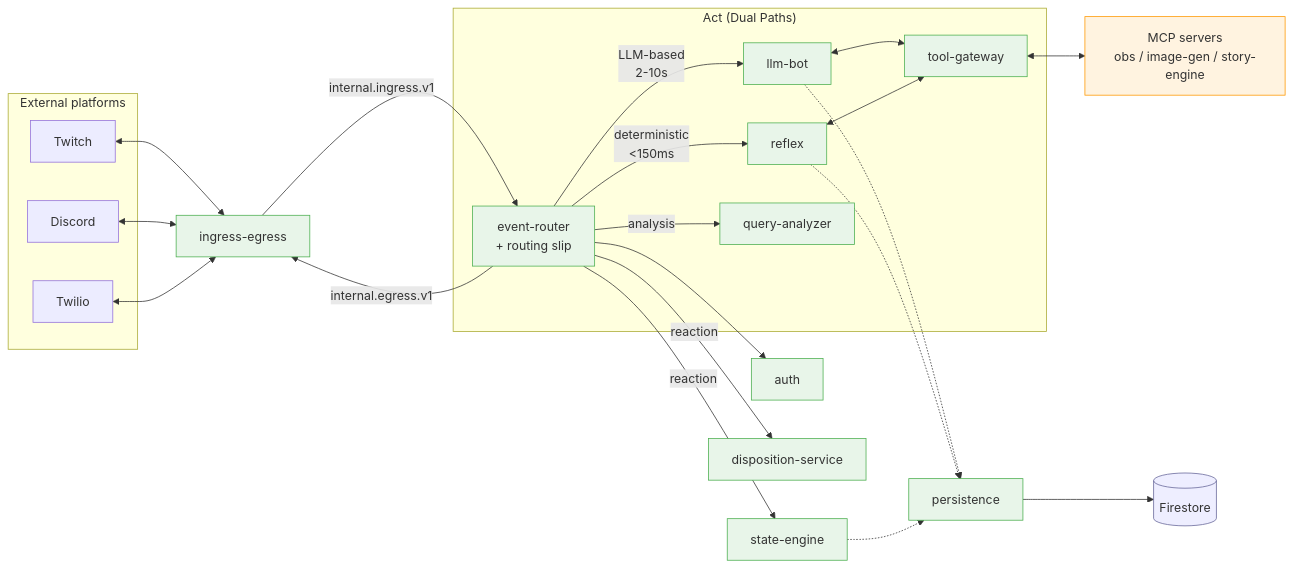
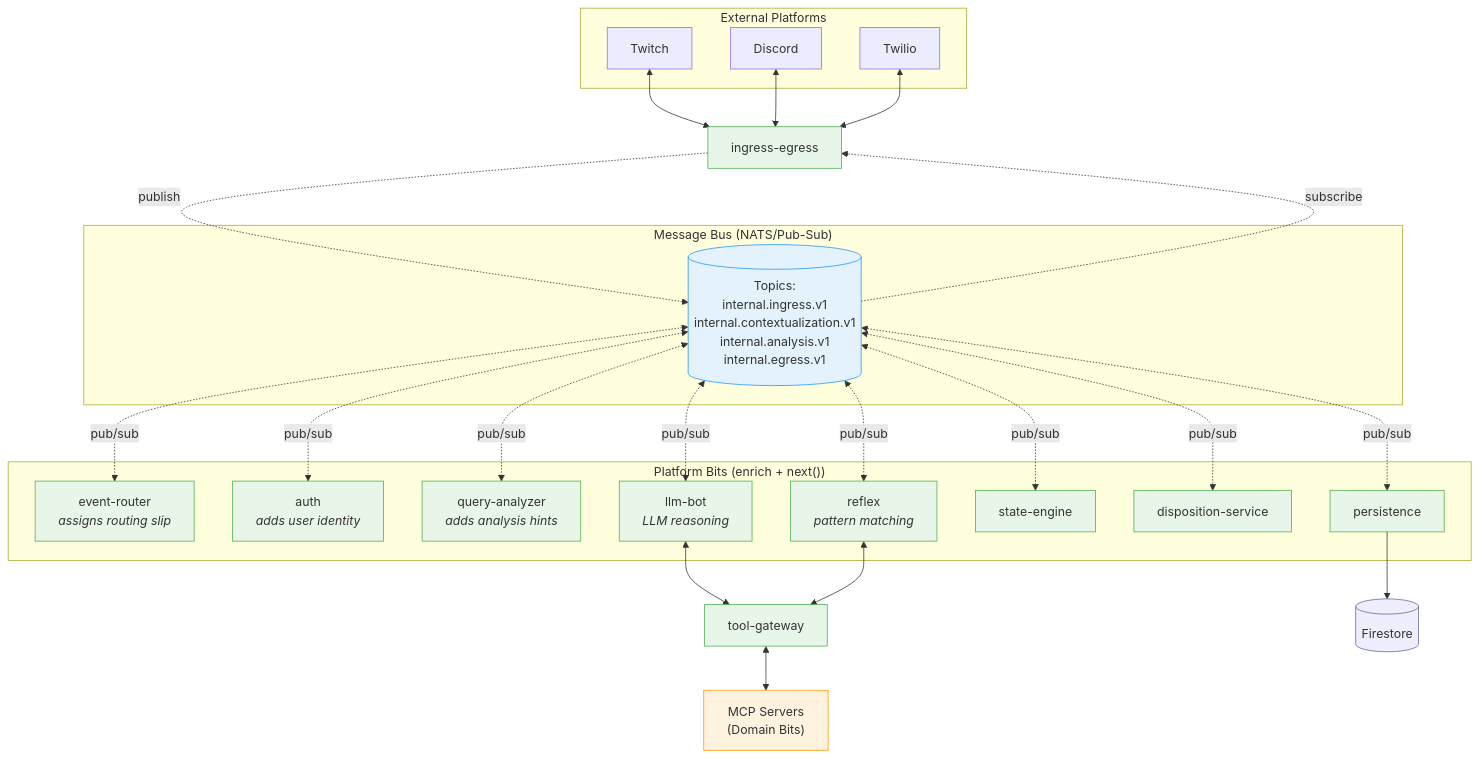
The diagram in README.md (cnavta/BitBrat), drawn with Mermaid before and after one commit. The commit also changed other lines of this file, not shown here.

Commit message:
docs: Redesign architecture diagram to show message bus as routing mechanism
Previous diagram incorrectly showed event-router with direct arrows to all services, implying central orchestration. New diagram emphasizes the message bus as the routing mechanism, with all services connecting via pub/sub. Added example flow showing how framework routes events through the slip.

Key changes:
- Message bus shown explicitly in center with topics listed
- All services connect to bus via pub/sub (no direct arrows from event-router)
- Added numbered example flow with framework routing steps
- Added key point: "There is no central orchestrator"
- Services annotated with their roles (assigns slip, adds identity, etc.)

This accurately represents the decentralized architecture where services enrich and call next(), and the message bus + framework handle routing.

🤖 Generated with [Claude Code](https://claude.com/claude-code)

````diff
--- a/README.md
+++ b/README.md
@@ -172,37 +172,51 @@
 ```mermaid
-flowchart LR
-  subgraph External["External platforms"]
+flowchart TB
+  subgraph External["External Platforms"]
     TW[Twitch]
     DC[Discord]
     TL[Twilio]
   end
 
   TW & DC & TL <--> IE[ingress-egress]
 
-  IE -->|internal.ingress.v1| ER["event-router<br/>+ routing slip"]
-  ER --> AU[auth]
-
-  subgraph Act["Act (Dual Paths)"]
-    ER -->|deterministic<br/>&lt;150ms| RFX[reflex]
-    ER -->|LLM-based<br/>2-10s| LB[llm-bot]
-    ER -->|analysis| QA[query-analyzer]
-    LB <--> TG[tool-gateway]
-    RFX <--> TG
+  subgraph "Message Bus (NATS/Pub-Sub)"
+    BUS[("Topics:<br/>internal.ingress.v1<br/>internal.contextualization.v1<br/>internal.analysis.v1<br/>internal.egress.v1")]
   end
 
-  TG <--> MCP["MCP servers<br/>obs / image-gen / story-engine"]
-  ER -->|reaction| SE[state-engine]
-  ER -->|reaction| DS[disposition-service]
-  ER -->|internal.egress.v1| IE
-  LB -.-> PE[persistence]
-  RFX -.-> PE
-  SE -.-> PE
+  IE -.->|publish| BUS
+  BUS -.->|subscribe| IE
+
+  subgraph "Platform Bits (enrich + next())"
+    ER[event-router<br/><i>assigns routing slip</i>]
+    AU[auth<br/><i>adds user identity</i>]
+    QA[query-analyzer<br/><i>adds analysis hints</i>]
+    LB[llm-bot<br/><i>LLM reasoning</i>]
+    RFX[reflex<br/><i>pattern matching</i>]
+    SE[state-engine]
+    DS[disposition-service]
+    PE[persistence]
+  end
+
+  BUS <-.->|pub/sub| ER
+  BUS <-.->|pub/sub| AU
+  BUS <-.->|pub/sub| QA
+  BUS <-.->|pub/sub| LB
+  BUS <-.->|pub/sub| RFX
+  BUS <-.->|pub/sub| SE
+  BUS <-.->|pub/sub| DS
+  BUS <-.->|pub/sub| PE
+
+  LB <--> TG[tool-gateway]
+  RFX <--> TG
+  TG <--> MCP["MCP Servers<br/>(Domain Bits)"]
   PE --> FS[(Firestore)]
 
   classDef store fill:#eef,stroke:#669;
   classDef platform fill:#e8f5e9,stroke:#4caf50;
   classDef domain fill:#fff3e0,stroke:#ff9800;
+  classDef bus fill:#e3f2fd,stroke:#2196f3;
   class FS store;
   class IE,ER,AU,LB,QA,RFX,TG,SE,DS,PE platform;
   class MCP domain;
+  class BUS bus;
 ```
````
